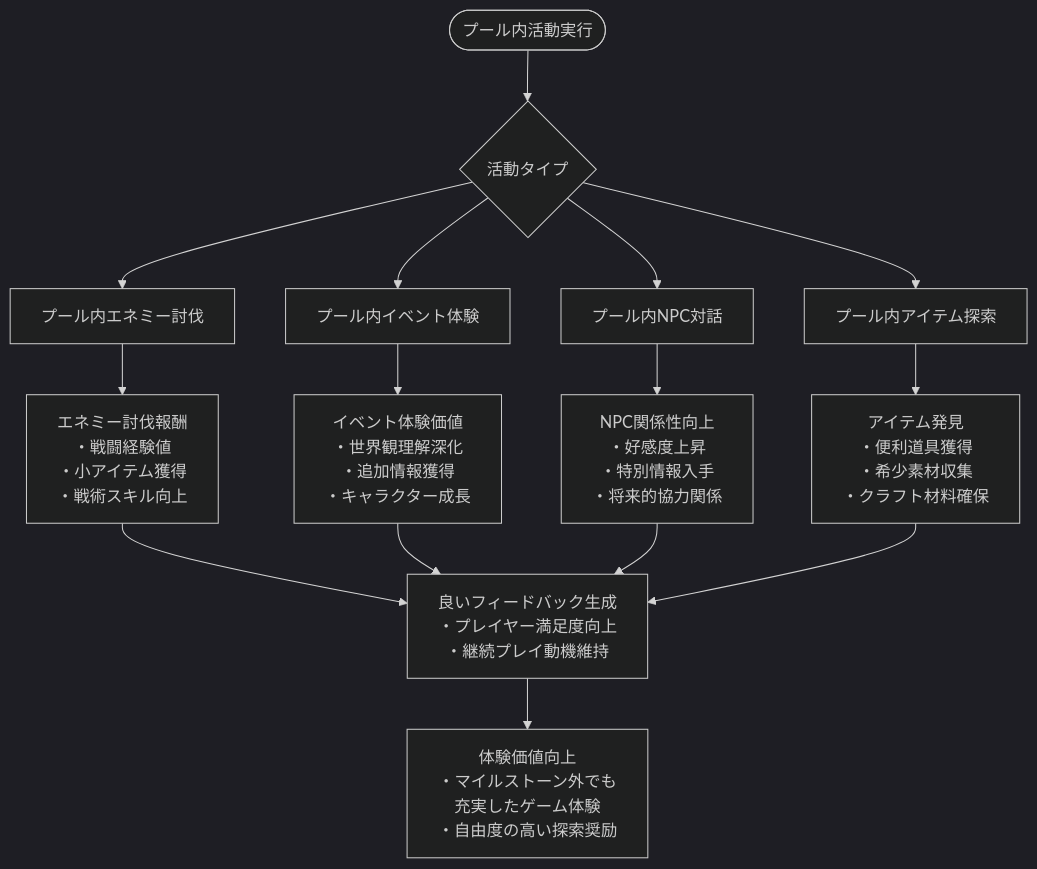
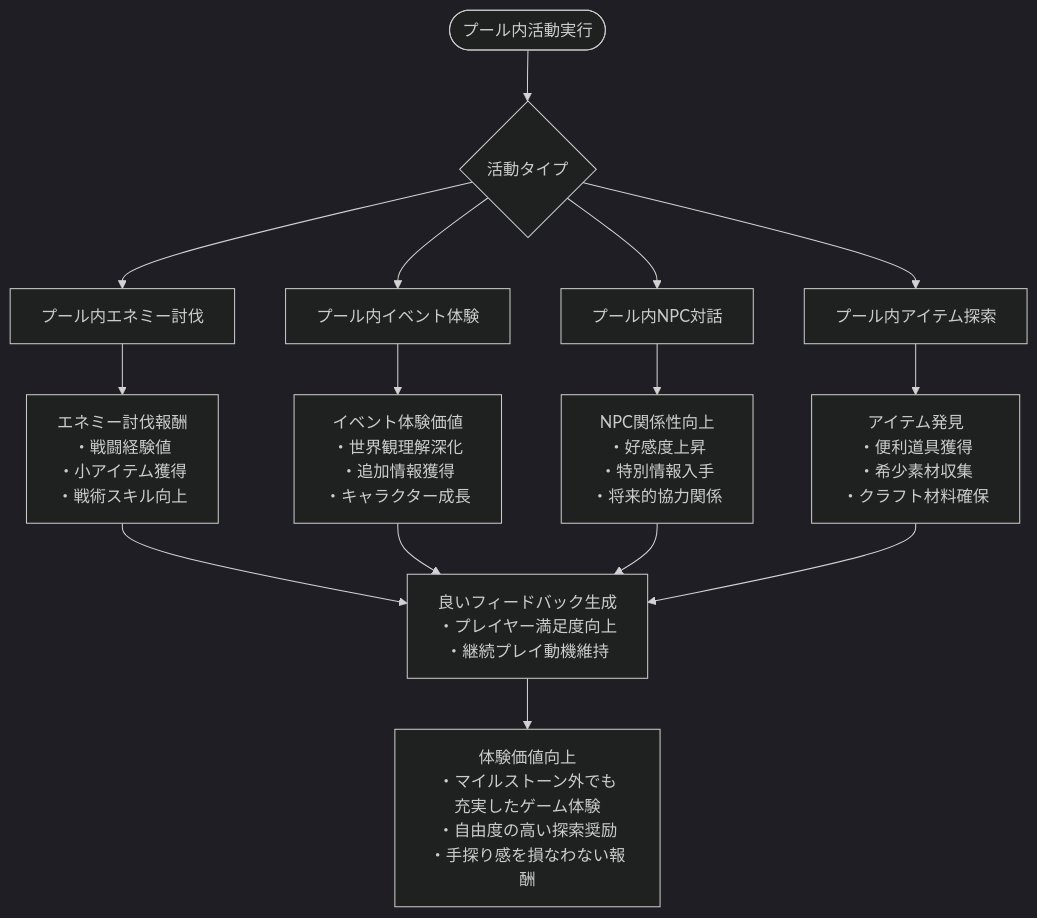
Before and after one commit to nobuyuki-ootake/AIAgentTRPGGM2: the sixth of 7 diagrams in docs/機能要件定義/TRPGセッション_フロー.md, drawn with Mermaid (dark theme). The commit also changed other lines of this file and 11 other files, not shown here.

````diff
--- a/docs/機能要件定義/TRPGセッション_フロー.md
+++ b/docs/機能要件定義/TRPGセッション_フロー.md
@@ -400,21 +545,21 @@
 ```mermaid
 flowchart TD
     PoolActivity([プール内活動実行]) --> ActivityType{活動タイプ}
     
     ActivityType --> PoolEnemy[プール内エネミー討伐]
     ActivityType --> PoolEvent[プール内イベント体験]
     ActivityType --> PoolNPC[プール内NPC対話]
     ActivityType --> PoolItem[プール内アイテム探索]
     
     PoolEnemy --> EnemyReward[エネミー討伐報酬<br/>・戦闘経験値<br/>・小アイテム獲得<br/>・戦術スキル向上]
     PoolEvent --> EventExperience[イベント体験価値<br/>・世界観理解深化<br/>・追加情報獲得<br/>・キャラクター成長]
     PoolNPC --> NPCRelation[NPC関係性向上<br/>・好感度上昇<br/>・特別情報入手<br/>・将来的協力関係]
     PoolItem --> ItemDiscovery[アイテム発見<br/>・便利道具獲得<br/>・希少素材収集<br/>・クラフト材料確保]
     
     EnemyReward --> FeedbackGeneration[良いフィードバック生成<br/>・プレイヤー満足度向上<br/>・継続プレイ動機維持]
     EventExperience --> FeedbackGeneration
     NPCRelation --> FeedbackGeneration
     ItemDiscovery --> FeedbackGeneration
     
-    FeedbackGeneration --> ExperienceBoost[体験価値向上<br/>・マイルストーン外でも<br/>充実したゲーム体験<br/>・自由度の高い探索奨励]
+    FeedbackGeneration --> ExperienceBoost[体験価値向上<br/>・マイルストーン外でも<br/>充実したゲーム体験<br/>・自由度の高い探索奨励<br/>・手探り感を損なわない報酬]
 ```
````
